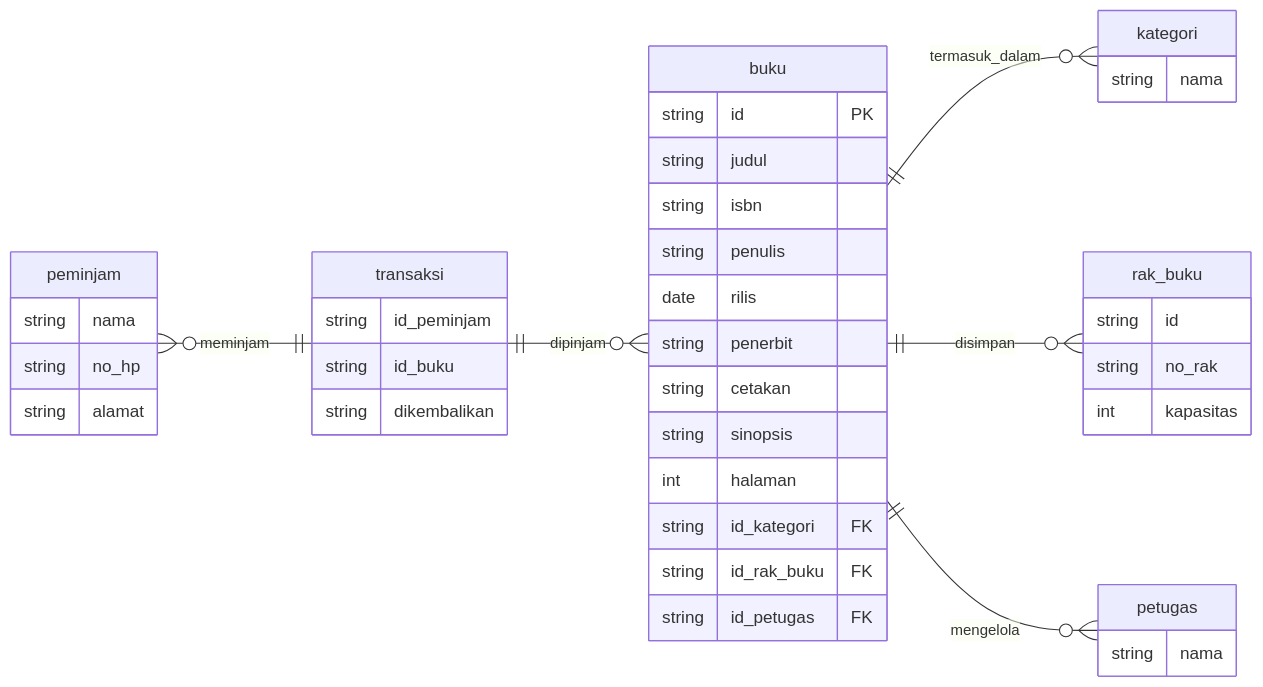
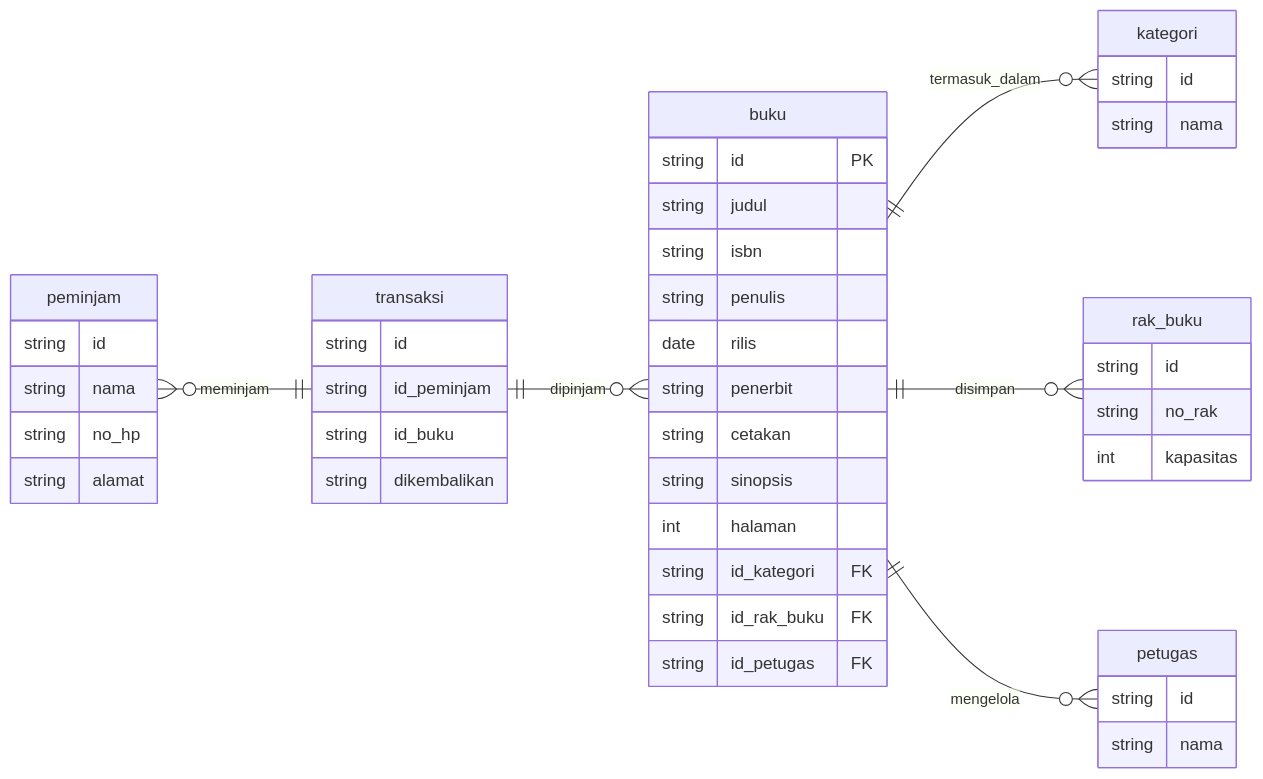
Before and after one commit to devbydenis/fgo24-db-erd: the diagram in README.md, drawn with Mermaid. The commit also changed other lines of this file, not shown here.

Commit message:
fix: adding id to every table

````diff
--- a/README.md
+++ b/README.md
@@ -1,50 +3,54 @@
 ```mermaid
 erDiagram
   direction lr
   buku ||--o{ kategori : termasuk_dalam
   buku ||--o{ rak_buku: disimpan
   buku ||--o{ petugas: mengelola
   peminjam }o--|| transaksi: meminjam
   transaksi ||--o{ buku: dipinjam
   
   buku {
     string    id            PK
     string    judul
     string    isbn
     string    penulis
     date      rilis
     string    penerbit
     string    cetakan
     string    sinopsis
     int       halaman
     string    id_kategori   FK
     string    id_rak_buku   FK
     string    id_petugas    FK
   }
   kategori {
+    string    id
     string    nama
   }
   
   rak_buku{
     string    id
     string    no_rak
     int       kapasitas
   }
 
   petugas {
+    string    id
     string    nama
   }
 
   peminjam {
+    string    id
     string    nama
     string    no_hp
     string    alamat
   }
 
   transaksi {
+    string    id
     string    id_peminjam
     string    id_buku
     string    dikembalikan
   }
 
 ```
````
